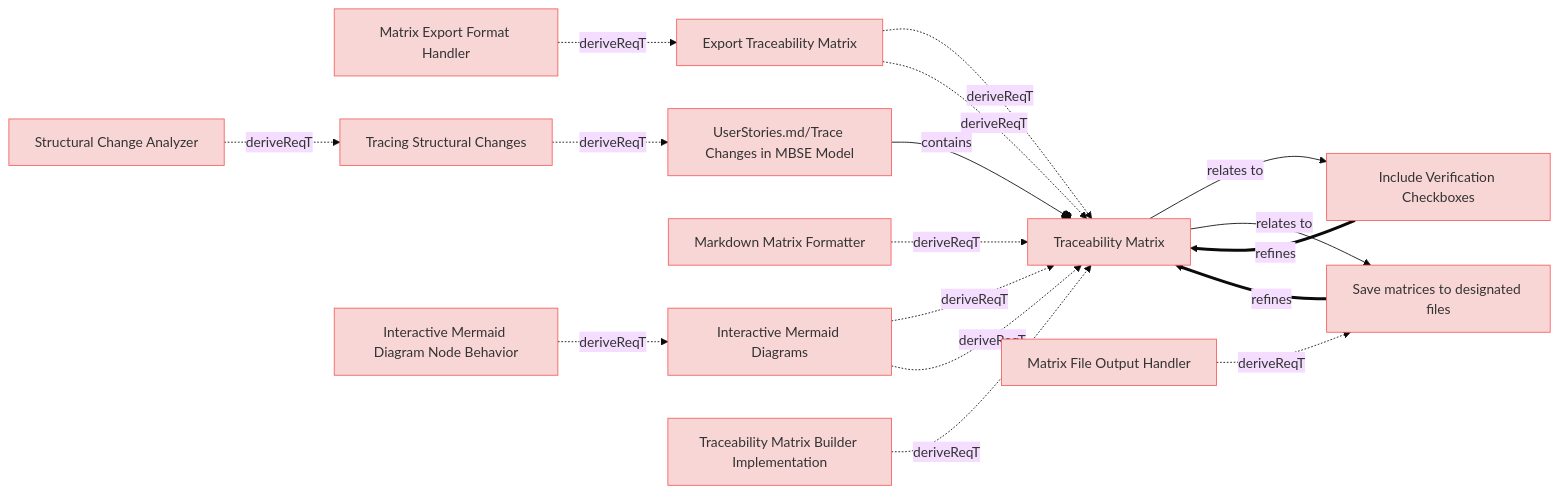
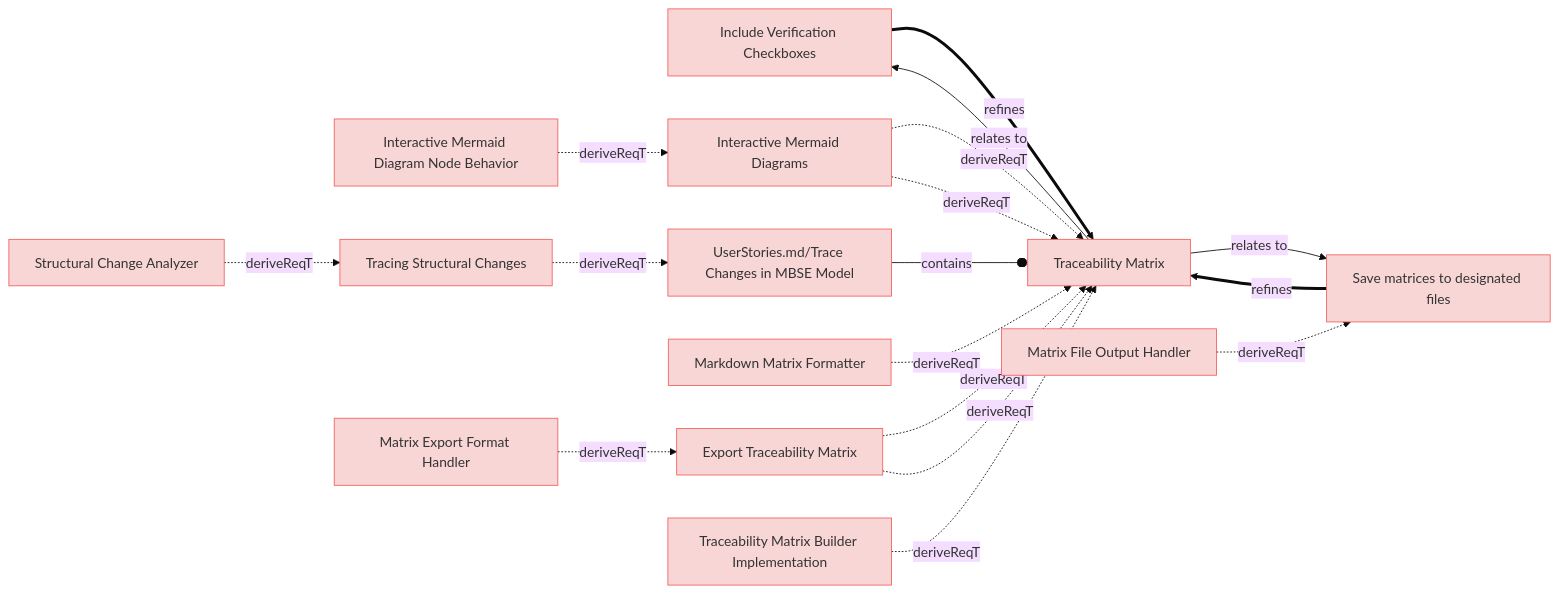
Before and after one commit to reqvire-org/reqvire: the eighth of 10 diagrams in specifications/UserRequirements.md, drawn with Mermaid (base theme). The commit also changed other lines of this file and 16 other files, not shown here.

````diff
--- a/specifications/UserRequirements.md
+++ b/specifications/UserRequirements.md
@@ -712,64 +712,64 @@
 ```mermaid
 graph LR;
   %% Graph styling
   classDef requirement fill:#f9d6d6,stroke:#f55f5f,stroke-width:1px;
   classDef verification fill:#d6f9d6,stroke:#5fd75f,stroke-width:1px;
   classDef externalLink fill:#d0e0ff,stroke:#3080ff,stroke-width:1px;
   classDef default fill:#f5f5f5,stroke:#333333,stroke-width:1px;
 
-  4b7b432817["Export Traceability Matrix"];
-  click 4b7b432817 "UserRequirements.md#export-traceability-matrix";
-  class 4b7b432817 requirement;
+  273dcdad7a["Include Verification Checkboxes"];
+  click 273dcdad7a "UserRequirements.md#include-verification-checkboxes";
+  class 273dcdad7a requirement;
   ba40352f8e["Traceability Matrix"];
   class ba40352f8e requirement;
   click ba40352f8e "UserRequirements.md#traceability-matrix";
+  273dcdad7a ==>|refines| ba40352f8e;
+  c4b025f6ac["Save matrices to designated files"];
+  click c4b025f6ac "UserRequirements.md#save-matrices-to-designated-files";
+  class c4b025f6ac requirement;
+  c4b025f6ac ==>|refines| ba40352f8e;
+  83a2343e97["Matrix File Output Handler"];
+  class 83a2343e97 requirement;
+  click 83a2343e97 "SystemRequirements/Requirements.md#matrix-file-output-handler";
+  83a2343e97 -.->|deriveReqT| c4b025f6ac;
+  e867499409["Interactive Mermaid Diagrams"];
+  click e867499409 "UserRequirements.md#interactive-mermaid-diagrams";
+  class e867499409 requirement;
+  e867499409 -.->|deriveReqT| ba40352f8e;
+  7a8da8dfee["Interactive Mermaid Diagram Node Behavior"];
+  class 7a8da8dfee requirement;
+  click 7a8da8dfee "SystemRequirements/Requirements.md#interactive-mermaid-diagram-node-behavior";
+  7a8da8dfee -.->|deriveReqT| e867499409;
+  91ebf7e73d["Tracing Structural Changes"];
+  click 91ebf7e73d "UserRequirements.md#tracing-structural-changes";
+  class 91ebf7e73d requirement;
+  36d8b2eb16["UserStories.md/Trace Changes in MBSE Model"];
+  class 36d8b2eb16 requirement;
+  click 36d8b2eb16 "UserStories.md#trace-changes-in-mbse-model";
+  91ebf7e73d -.->|deriveReqT| 36d8b2eb16;
+  918cc4a26d["Structural Change Analyzer"];
+  class 918cc4a26d requirement;
+  click 918cc4a26d "SystemRequirements/Requirements.md#structural-change-analyzer";
+  918cc4a26d -.->|deriveReqT| 91ebf7e73d;
+  36d8b2eb16 --o|contains| ba40352f8e;
+  ba40352f8e -->|relates to| 273dcdad7a;
+  ba40352f8e -->|relates to| c4b025f6ac;
+  e867499409 -.->|deriveReqT| ba40352f8e;
+  d7e5fbf806["Markdown Matrix Formatter"];
+  class d7e5fbf806 requirement;
+  click d7e5fbf806 "SystemRequirements/Requirements.md#markdown-matrix-formatter";
+  d7e5fbf806 -.->|deriveReqT| ba40352f8e;
+  4b7b432817["Export Traceability Matrix"];
+  class 4b7b432817 requirement;
+  click 4b7b432817 "UserRequirements.md#export-traceability-matrix";
+  4b7b432817 -.->|deriveReqT| ba40352f8e;
+  5eca866a03["Traceability Matrix Builder Implementation"];
+  class 5eca866a03 requirement;
+  click 5eca866a03 "SystemRequirements/Requirements.md#traceability-matrix-builder-implementation";
+  5eca866a03 -.->|deriveReqT| ba40352f8e;
   4b7b432817 -.->|deriveReqT| ba40352f8e;
   8897111f9b["Matrix Export Format Handler"];
   class 8897111f9b requirement;
   click 8897111f9b "SystemRequirements/Requirements.md#matrix-export-format-handler";
   8897111f9b -.->|deriveReqT| 4b7b432817;
-  36d8b2eb16["UserStories.md/Trace Changes in MBSE Model"];
-  class 36d8b2eb16 requirement;
-  click 36d8b2eb16 "UserStories.md#trace-changes-in-mbse-model";
-  36d8b2eb16 --o|contains| ba40352f8e;
-  4b7b432817 -.->|deriveReqT| ba40352f8e;
-  273dcdad7a["Include Verification Checkboxes"];
-  class 273dcdad7a requirement;
-  click 273dcdad7a "UserRequirements.md#include-verification-checkboxes";
-  ba40352f8e -->|relates to| 273dcdad7a;
-  c4b025f6ac["Save matrices to designated files"];
-  class c4b025f6ac requirement;
-  click c4b025f6ac "UserRequirements.md#save-matrices-to-designated-files";
-  ba40352f8e -->|relates to| c4b025f6ac;
-  d7e5fbf806["Markdown Matrix Formatter"];
-  class d7e5fbf806 requirement;
-  click d7e5fbf806 "SystemRequirements/Requirements.md#markdown-matrix-formatter";
-  d7e5fbf806 -.->|deriveReqT| ba40352f8e;
-  e867499409["Interactive Mermaid Diagrams"];
-  class e867499409 requirement;
-  click e867499409 "UserRequirements.md#interactive-mermaid-diagrams";
-  e867499409 -.->|deriveReqT| ba40352f8e;
-  5eca866a03["Traceability Matrix Builder Implementation"];
-  class 5eca866a03 requirement;
-  click 5eca866a03 "SystemRequirements/Requirements.md#traceability-matrix-builder-implementation";
-  5eca866a03 -.->|deriveReqT| ba40352f8e;
-  91ebf7e73d["Tracing Structural Changes"];
-  click 91ebf7e73d "UserRequirements.md#tracing-structural-changes";
-  class 91ebf7e73d requirement;
-  91ebf7e73d -.->|deriveReqT| 36d8b2eb16;
-  918cc4a26d["Structural Change Analyzer"];
-  class 918cc4a26d requirement;
-  click 918cc4a26d "SystemRequirements/Requirements.md#structural-change-analyzer";
-  918cc4a26d -.->|deriveReqT| 91ebf7e73d;
-  273dcdad7a ==>|refines| ba40352f8e;
-  c4b025f6ac ==>|refines| ba40352f8e;
-  83a2343e97["Matrix File Output Handler"];
-  class 83a2343e97 requirement;
-  click 83a2343e97 "SystemRequirements/Requirements.md#matrix-file-output-handler";
-  83a2343e97 -.->|deriveReqT| c4b025f6ac;
-  e867499409 -.->|deriveReqT| ba40352f8e;
-  7a8da8dfee["Interactive Mermaid Diagram Node Behavior"];
-  class 7a8da8dfee requirement;
-  click 7a8da8dfee "SystemRequirements/Requirements.md#interactive-mermaid-diagram-node-behavior";
-  7a8da8dfee -.->|deriveReqT| e867499409;
 ```
````
